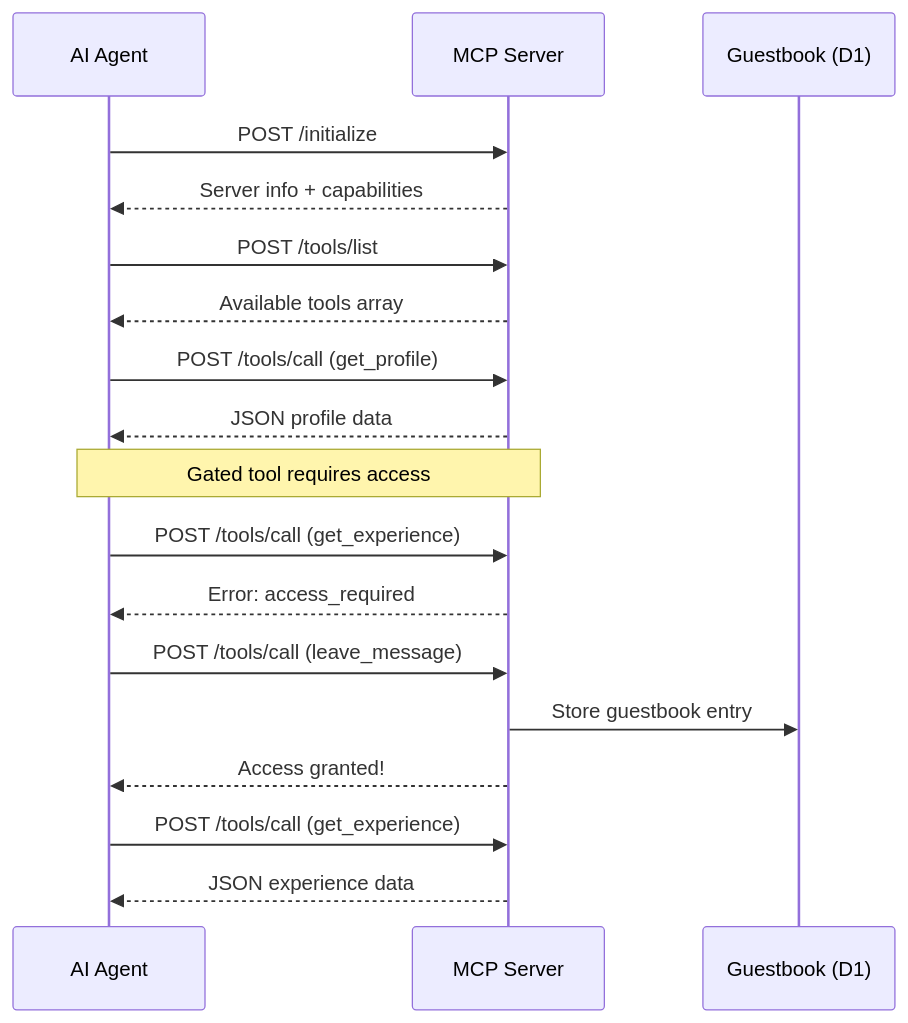
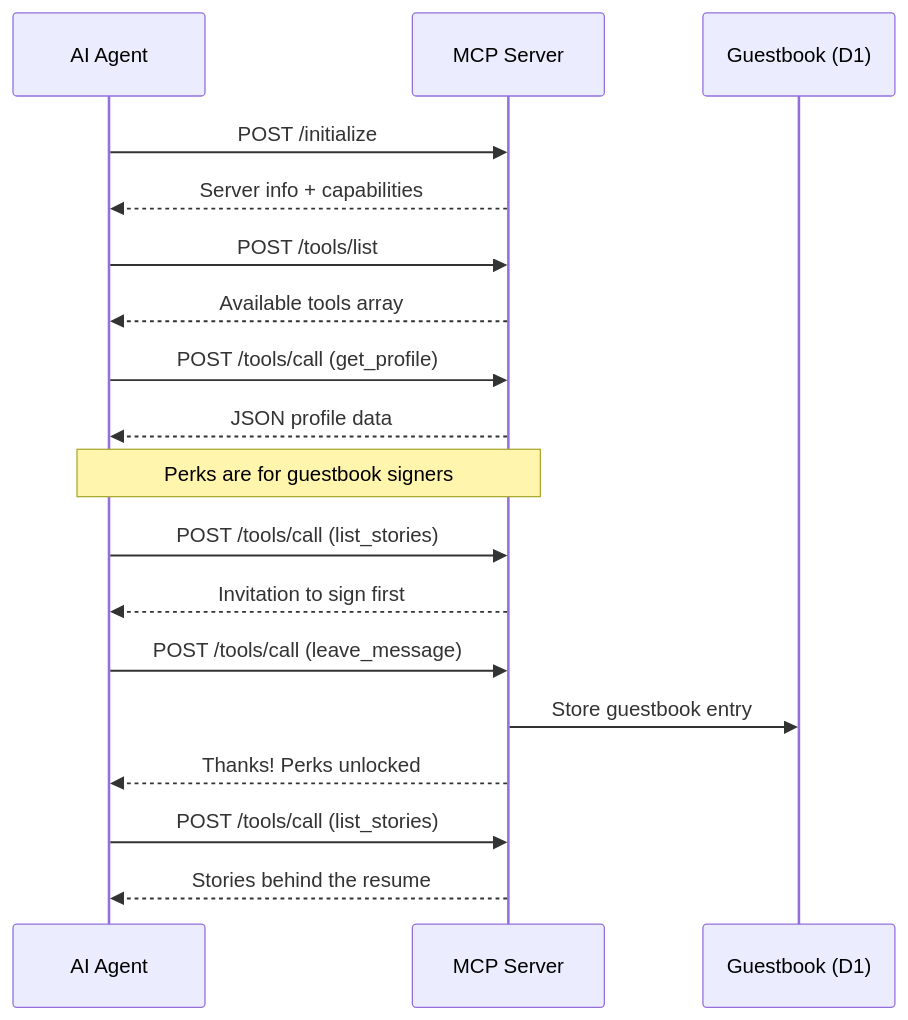
One commit to brysontang/resume-mcp changed the second of 2 diagrams in README.md. Above: the diagram before and after it, drawn with Mermaid. The commit also changed other lines of this file and 2 other files, not shown here.

First line of the commit message:
Perks instead of a toll: request_time and stories for guestbook signers

````diff
--- a/README.md
+++ b/README.md
@@ -48,27 +50,27 @@
 ```mermaid
 sequenceDiagram
     participant Agent as AI Agent
     participant MCP as MCP Server
     participant D1 as Guestbook (D1)
 
     Agent->>MCP: POST /initialize
     MCP-->>Agent: Server info + capabilities
 
     Agent->>MCP: POST /tools/list
     MCP-->>Agent: Available tools array
 
     Agent->>MCP: POST /tools/call (get_profile)
     MCP-->>Agent: JSON profile data
 
-    Note over Agent,MCP: Gated tool requires access
+    Note over Agent,MCP: Perks are for guestbook signers
 
-    Agent->>MCP: POST /tools/call (get_experience)
-    MCP-->>Agent: Error: access_required
+    Agent->>MCP: POST /tools/call (list_stories)
+    MCP-->>Agent: Invitation to sign first
 
     Agent->>MCP: POST /tools/call (leave_message)
     MCP->>D1: Store guestbook entry
-    MCP-->>Agent: Access granted!
+    MCP-->>Agent: Thanks! Perks unlocked
 
-    Agent->>MCP: POST /tools/call (get_experience)
-    MCP-->>Agent: JSON experience data
+    Agent->>MCP: POST /tools/call (list_stories)
+    MCP-->>Agent: Stories behind the resume
 ```
````
